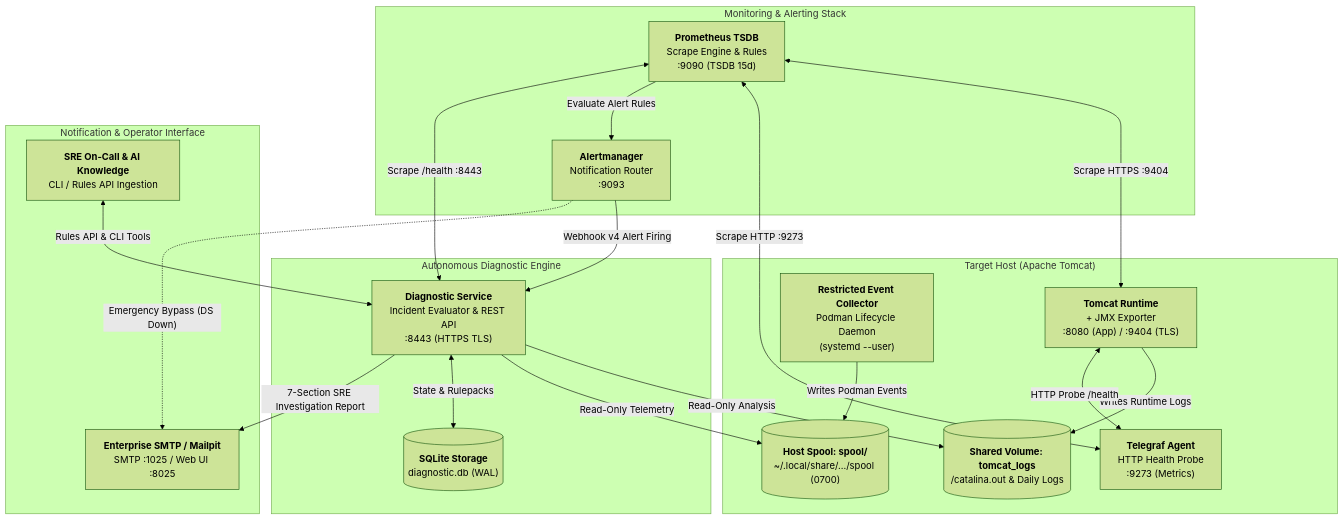
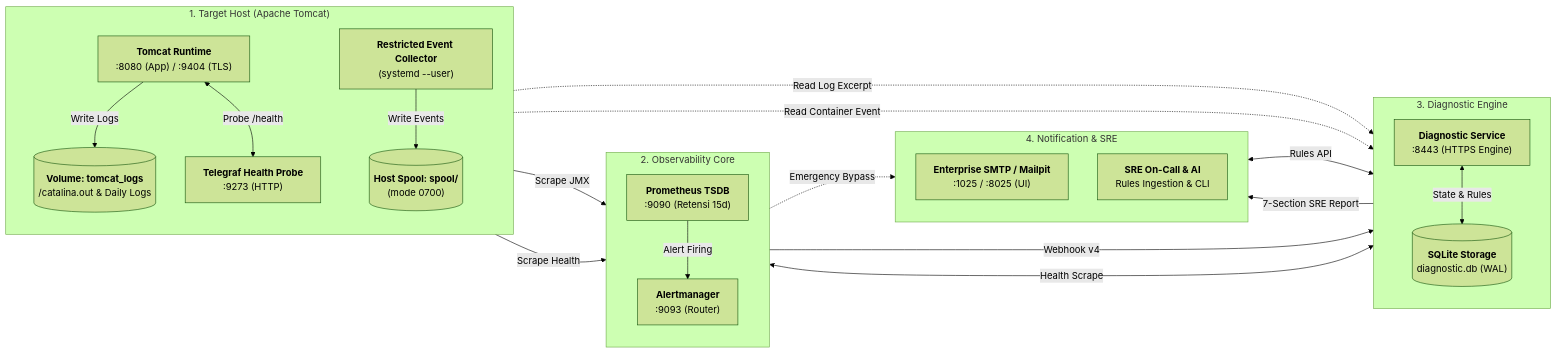
The diagram in README.md (edkas07-oss/tomcat-monitoring), drawn with Mermaid (forest theme) before and after one commit. The commit also changed other lines of this file, not shown here.

Commit message:
docs: improve Mermaid architecture diagram to balanced 4-column LR layout

````diff
--- a/README.md
+++ b/README.md
@@ -25,43 +25,48 @@
 ```mermaid
-flowchart TD
-    subgraph Host_Target ["Target Host (Apache Tomcat)"]
-        TOMCAT["<b>Tomcat Runtime</b><br/>+ JMX Exporter<br/>:8080 (App) / :9404 (TLS)"]
-        TELEGRAF["<b>Telegraf Agent</b><br/>HTTP Health Probe<br/>:9273 (Metrics)"]
-        COLLECTOR["<b>Restricted Event Collector</b><br/>Podman Lifecycle Daemon<br/>(systemd --user)"]
-        LOGS[("<b>Shared Volume: tomcat_logs</b><br/>/catalina.out & Daily Logs")]
-        SPOOL[("<b>Host Spool: spool/</b><br/>~/.local/share/.../spool (0700)")]
-        
-        TOMCAT -->|"Writes Runtime Logs"| LOGS
-        COLLECTOR -->|"Writes Podman Events"| SPOOL
-        TOMCAT <-->|"HTTP Probe /health"| TELEGRAF
+flowchart LR
+    subgraph Host ["1. Target Host (Apache Tomcat)"]
+        direction TB
+        TOMCAT["<b>Tomcat Runtime</b><br/>:8080 (App) / :9404 (TLS)"]
+        TELEGRAF["<b>Telegraf Health Probe</b><br/>:9273 (HTTP)"]
+        COLLECTOR["<b>Restricted Event Collector</b><br/>(systemd --user)"]
+        LOGS[("<b>Volume: tomcat_logs</b><br/>/catalina.out & Daily Logs")]
+        SPOOL[("<b>Host Spool: spool/</b><br/>(mode 0700)")]
+
+        TOMCAT -->|"Write Logs"| LOGS
+        COLLECTOR -->|"Write Events"| SPOOL
+        TOMCAT <-->|"Probe /health"| TELEGRAF
     end
 
-    subgraph Monitoring_Core ["Monitoring & Alerting Stack"]
-        PROM["<b>Prometheus TSDB</b><br/>Scrape Engine & Rules<br/>:9090 (TSDB 15d)"]
-        AM["<b>Alertmanager</b><br/>Notification Router<br/>:9093"]
-        
-        PROM <-->|"Scrape HTTPS :9404"| TOMCAT
-        PROM <-->|"Scrape HTTP :9273"| TELEGRAF
-        PROM -->|"Evaluate Alert Rules"| AM
+    subgraph Monitor ["2. Observability Core"]
+        direction TB
+        PROM["<b>Prometheus TSDB</b><br/>:9090 (Retensi 15d)"]
+        AM["<b>Alertmanager</b><br/>:9093 (Router)"]
+
+        PROM -->|"Alert Firing"| AM
     end
 
-    subgraph Autonomous_Diagnostic ["Autonomous Diagnostic Engine"]
-        DS["<b>Diagnostic Service</b><br/>Incident Evaluator & REST API<br/>:8443 (HTTPS TLS)"]
+    subgraph Engine ["3. Diagnostic Engine"]
+        direction TB
+        DS["<b>Diagnostic Service</b><br/>:8443 (HTTPS Engine)"]
         SQLITE[("<b>SQLite Storage</b><br/>diagnostic.db (WAL)")]
-        
-        PROM <-->|"Scrape /health :8443"| DS
-        AM -->|"Webhook v4 Alert Firing"| DS
-        DS -->|"Read-Only Analysis"| LOGS
-        DS -->|"Read-Only Telemetry"| SPOOL
-        DS <-->|"State & Rulepacks"| SQLITE
+
+        DS <-->|"State & Rules"| SQLITE
     end
 
-    subgraph Notification_Delivery ["Notification & Operator Interface"]
-        MAILPIT["<b>Enterprise SMTP / Mailpit</b><br/>SMTP :1025 / Web UI :8025"]
-        SRE["<b>SRE On-Call & AI Knowledge</b><br/>CLI / Rules API Ingestion"]
-        
-        DS -->|"7-Section SRE Investigation Report"| MAILPIT
-        AM -.->|"Emergency Bypass (DS Down)"| MAILPIT
-        SRE <-->|"Rules API & CLI Tools"| DS
+    subgraph Delivery ["4. Notification & SRE"]
+        direction TB
+        MAILPIT["<b>Enterprise SMTP / Mailpit</b><br/>:1025 / :8025 (UI)"]
+        SRE["<b>SRE On-Call & AI</b><br/>Rules Ingestion & CLI"]
     end
+
+    %% Pipeline Interconnections (Left to Right)
+    TOMCAT -->|"Scrape JMX"| PROM
+    TELEGRAF -->|"Scrape Health"| PROM
+    AM -->|"Webhook v4"| DS
+    PROM <-->|"Health Scrape"| DS
+    LOGS -.->|"Read Log Excerpt"| DS
+    SPOOL -.->|"Read Container Event"| DS
+    DS -->|"7-Section SRE Report"| MAILPIT
+    AM -.->|"Emergency Bypass"| MAILPIT
+    SRE <-->|"Rules API"| DS
 ```
````
